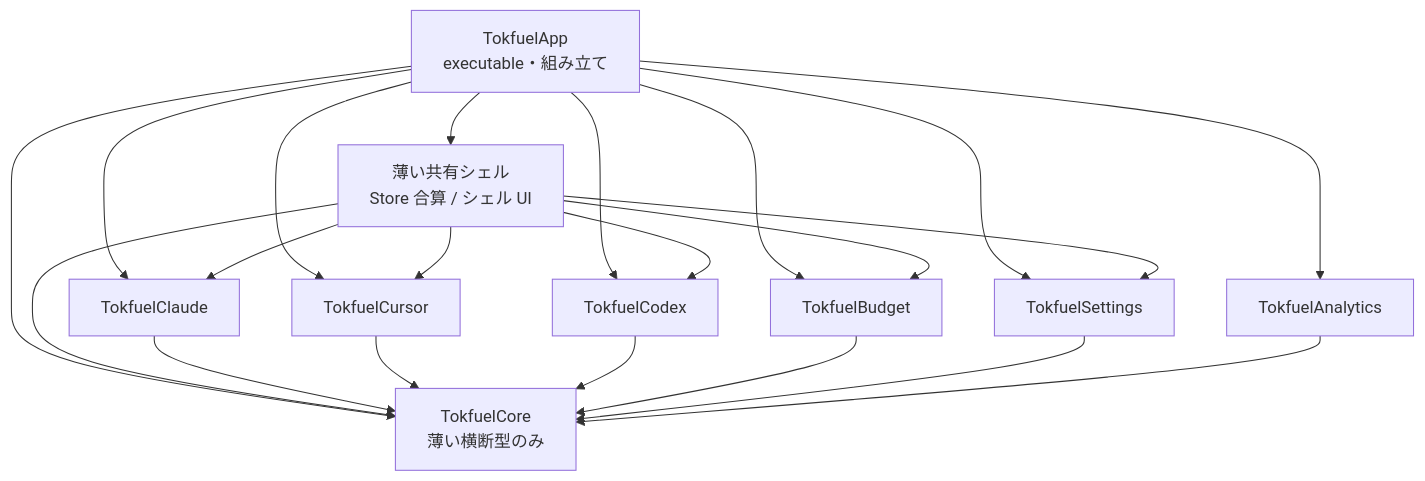
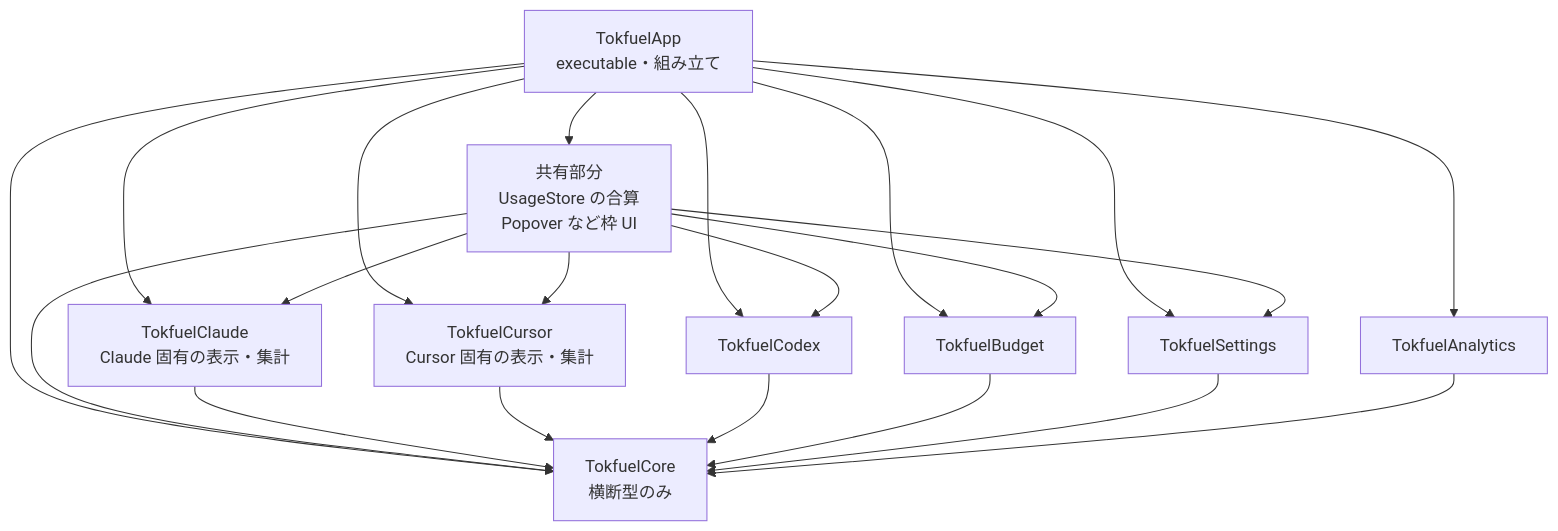
The second of 3 diagrams in ADR/0002-feature-spm-modules/0002-feature-spm-modules.ja.md (Tokfuel/Tokfuel), drawn with Mermaid before and after one commit. The commit also changed other lines of this file and 1 other file, not shown here.

First line of the commit message:
docs(adr): 「薄い共有シェル」を具体語に置き換える

````diff
--- a/ADR/0002-feature-spm-modules/0002-feature-spm-modules.ja.md
+++ b/ADR/0002-feature-spm-modules/0002-feature-spm-modules.ja.md
@@ -58,35 +58,35 @@
 ```mermaid
 flowchart TB
   App["TokfuelApp<br/>executable・組み立て"]
-  Shell["薄い共有シェル<br/>Store 合算 / シェル UI"]
+  Shared["共有部分<br/>UsageStore の合算<br/>Popover など枠 UI"]
   Settings["TokfuelSettings"]
-  Claude["TokfuelClaude"]
-  Cursor["TokfuelCursor"]
+  Claude["TokfuelClaude<br/>Claude 固有の表示・集計"]
+  Cursor["TokfuelCursor<br/>Cursor 固有の表示・集計"]
   Codex["TokfuelCodex"]
   Budget["TokfuelBudget"]
   Analytics["TokfuelAnalytics"]
-  Core["TokfuelCore<br/>薄い横断型のみ"]
+  Core["TokfuelCore<br/>横断型のみ"]
 
-  App --> Shell
+  App --> Shared
   App --> Settings
   App --> Claude
   App --> Cursor
   App --> Codex
   App --> Budget
   App --> Analytics
   App --> Core
 
-  Shell --> Settings
-  Shell --> Claude
-  Shell --> Cursor
-  Shell --> Codex
-  Shell --> Budget
-  Shell --> Core
+  Shared --> Settings
+  Shared --> Claude
+  Shared --> Cursor
+  Shared --> Codex
+  Shared --> Budget
+  Shared --> Core
 
   Claude --> Core
   Cursor --> Core
   Codex --> Core
   Budget --> Core
   Settings --> Core
   Analytics --> Core
 ```
````
